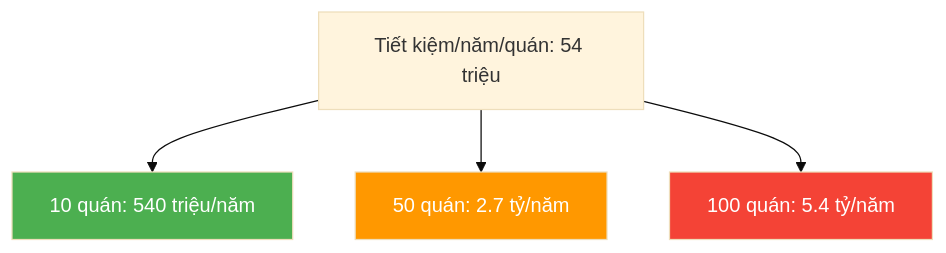
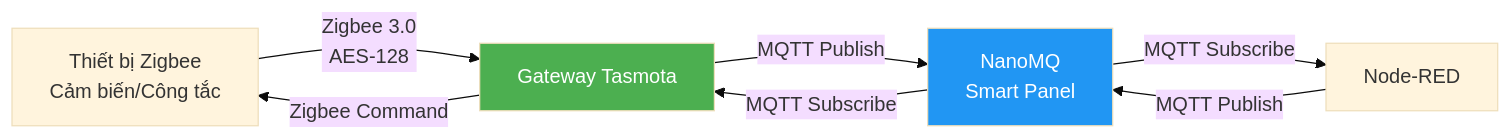
The third of 8 diagrams in slides/02-roi.md (huongvn/HLCFEOS), drawn with Mermaid (base theme) before and after one commit. The commit also changed other lines of this file, not shown here.

````diff
--- a/slides/02-roi.md
+++ b/slides/02-roi.md
@@ -84,10 +103,12 @@
 ```mermaid
-graph TD
-    A[Tiết kiệm/năm/quán: 54 triệu] --> B[10 quán: 540 triệu/năm]
-    A --> C[50 quán: 2.7 tỷ/năm]
-    A --> D[100 quán: 5.4 tỷ/năm]
+graph LR
+    A[Thiết bị Zigbee<br/>Cảm biến/Công tắc] -->|Zigbee 3.0<br/>AES-128| B[Gateway Tasmota]
+    B -->|MQTT Publish| C[NanoMQ<br/>Smart Panel]
+    C -->|MQTT Subscribe| D[Node-RED]
+    D -->|MQTT Publish| C
+    C -->|MQTT Subscribe| B
+    B -->|Zigbee Command| A
     
     style B fill:#4CAF50,color:#fff
-    style C fill:#FF9800,color:#fff
-    style D fill:#f44336,color:#fff
+    style C fill:#2196F3,color:#fff
 ```
````
